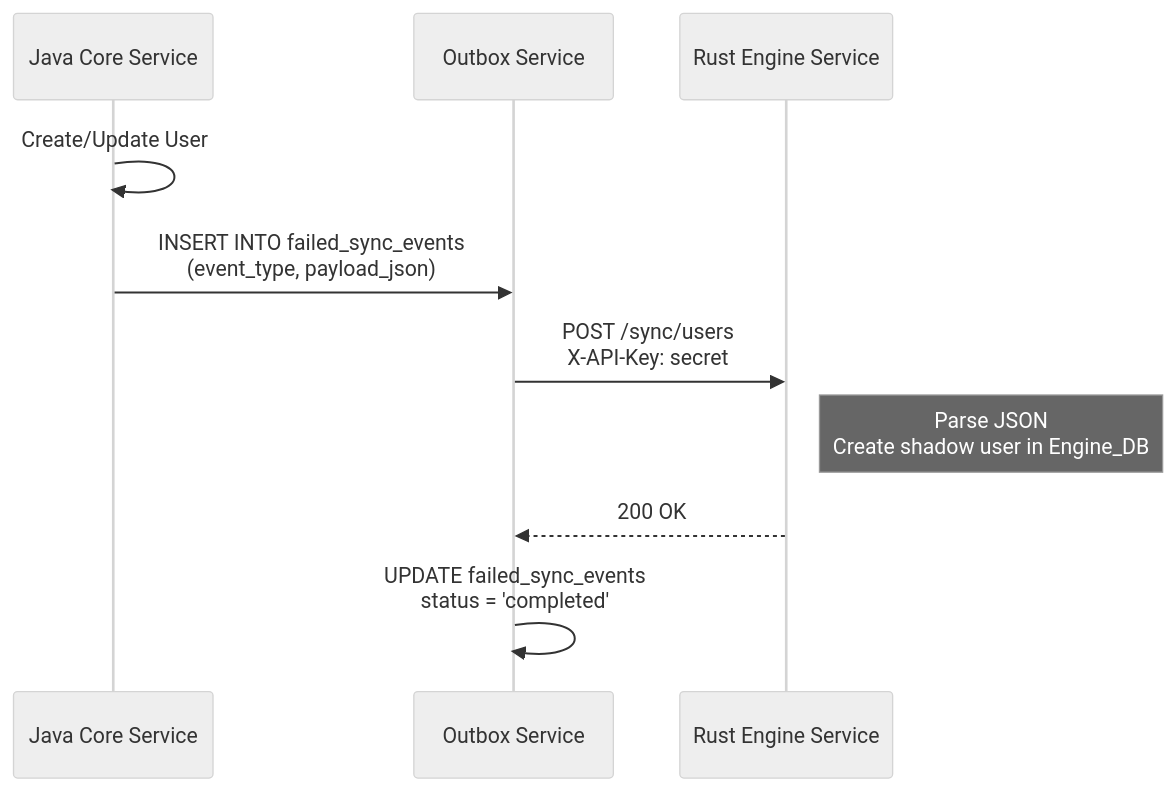
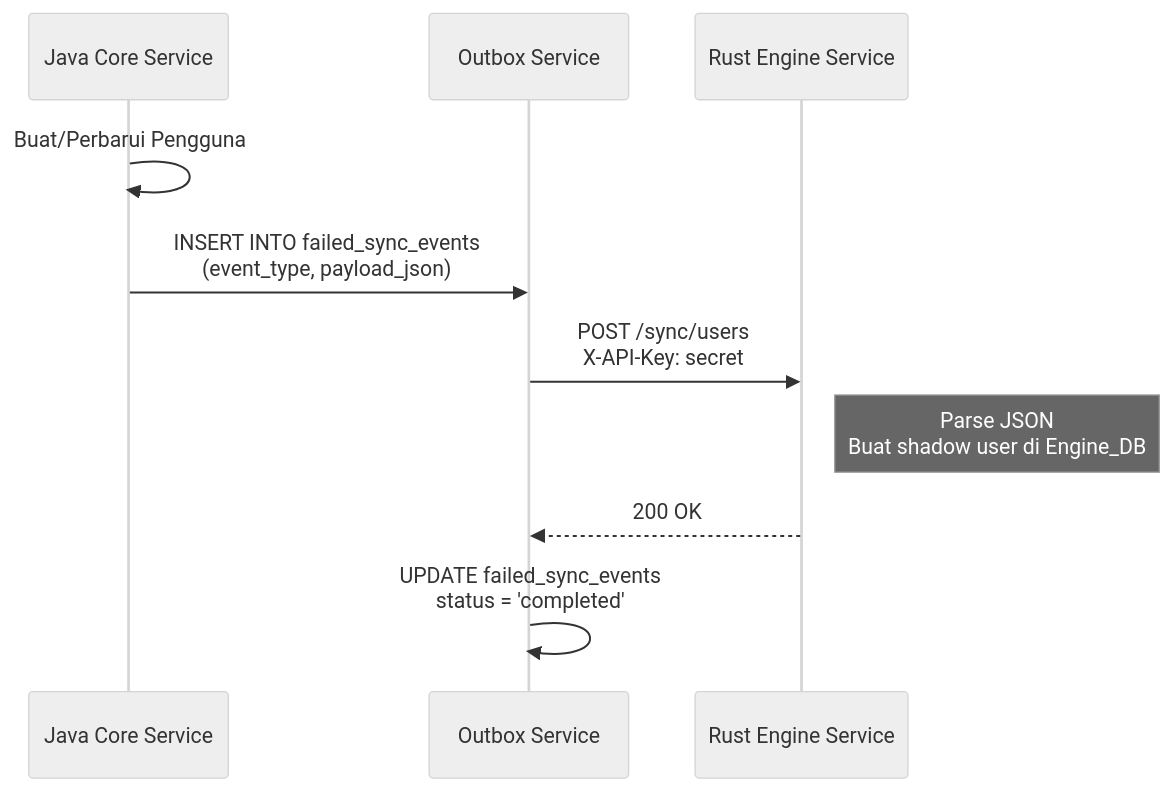
One commit to advprog-2026-A14-project/yomu-docs changed the first of 3 diagrams in content/docs/architecture/communication.mdx. Above: the diagram before and after it, drawn with Mermaid (neutral theme). The commit also changed other lines of this file and 30 other files, not shown here.

````diff
--- a/content/docs/architecture/communication.mdx
+++ b/content/docs/architecture/communication.mdx
@@ -23,13 +23,13 @@
 ```mermaid
 sequenceDiagram
     participant JAVA as Java Core Service
     participant OUTBOX as Outbox Service
     participant RUST as Rust Engine Service
 
-    JAVA->>JAVA: Create/Update User
+    JAVA->>JAVA: Buat/Perbarui Pengguna
     JAVA->>OUTBOX: INSERT INTO failed_sync_events<br/>(event_type, payload_json)
     OUTBOX->>RUST: POST /sync/users<br/>X-API-Key: secret
-    Note right of RUST: Parse JSON<br/>Create shadow user in Engine_DB
+    Note right of RUST: Parse JSON<br/>Buat shadow user di Engine_DB
     RUST-->>OUTBOX: 200 OK
     OUTBOX->>OUTBOX: UPDATE failed_sync_events<br/>status = 'completed'
 ```
````
